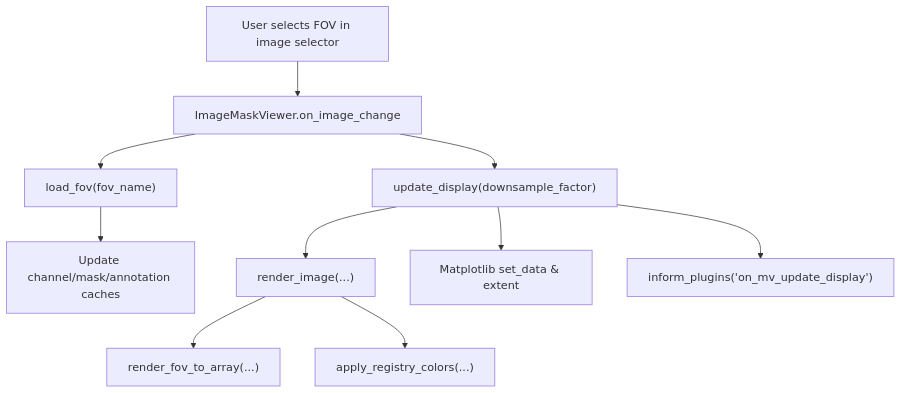
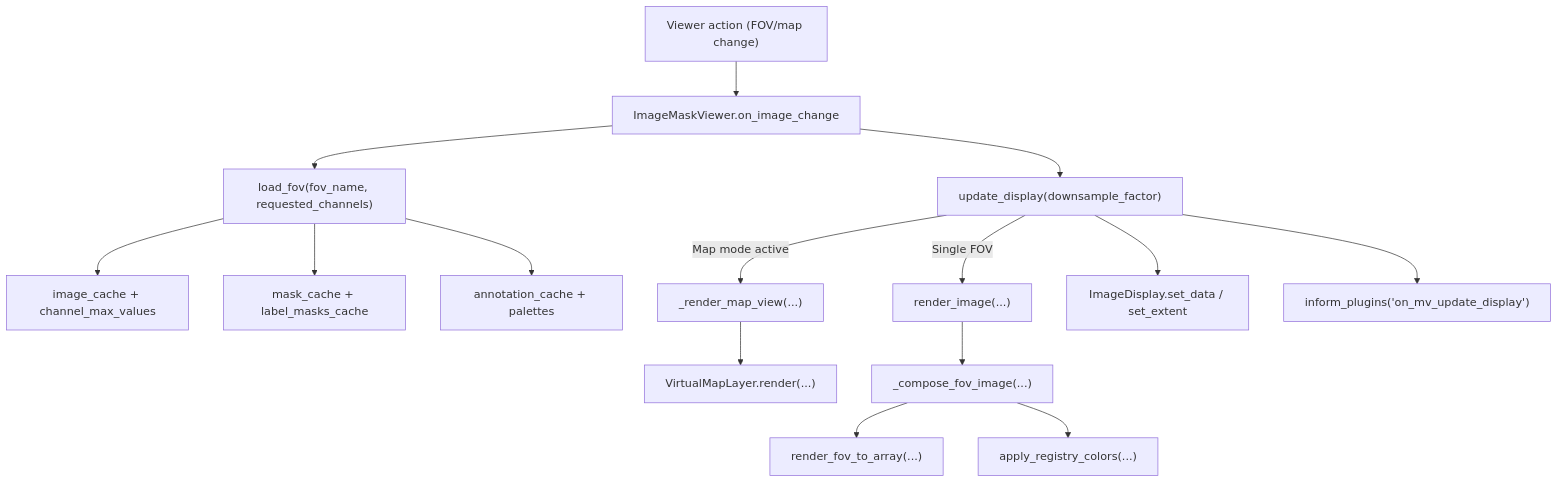
Before and after one commit to HartmannLab/UELer: the diagram in dev_note/FOV_load_cycle.md, drawn with Mermaid. The commit also changed other lines of this file, not shown here.

````diff
--- a/dev_note/FOV_load_cycle.md
+++ b/dev_note/FOV_load_cycle.md
@@ -10,15 +10,17 @@
 ```mermaid
----
-id: 57fb6bb7-a9b1-4252-a65e-ecfc8b0bf782
----
 flowchart TD
-  UIEvent["User selects FOV in image selector"] --> OnImageChange["ImageMaskViewer.on_image_change"]
-  OnImageChange --> LoadFov["load_fov(fov_name)"]
-  LoadFov --> ImageCache["Update channel/mask/annotation caches"]
-  OnImageChange --> UpdateDisplay["update_display(downsample_factor)"]
-  UpdateDisplay --> RenderImage["render_image(...)"]
-  RenderImage --> RenderCore["render_fov_to_array(...)"]
-  RenderImage --> Painter["apply_registry_colors(...)"]
-  UpdateDisplay --> ImageArtist["Matplotlib set_data & extent"]
-  UpdateDisplay --> PluginNotify["inform_plugins('on_mv_update_display')"]
+	UIEvent["Viewer action (FOV/map change)"] --> OnImageChange["ImageMaskViewer.on_image_change"]
+	OnImageChange --> LoadFov["load_fov(fov_name, requested_channels)"]
+	LoadFov --> ImageCache["image_cache + channel_max_values"]
+	LoadFov --> MaskCache["mask_cache + label_masks_cache"]
+	LoadFov --> AnnotationCache["annotation_cache + palettes"]
+	OnImageChange --> UpdateDisplay["update_display(downsample_factor)"]
+	UpdateDisplay -->|Map mode active| RenderMap["_render_map_view(...)"]
+	RenderMap --> VirtualLayer["VirtualMapLayer.render(...)"]
+	UpdateDisplay -->|Single FOV| RenderImage["render_image(...)"]
+	RenderImage --> Compose["_compose_fov_image(...)"]
+	Compose --> RenderCore["render_fov_to_array(...)"]
+	Compose --> Painter["apply_registry_colors(...)"]
+	UpdateDisplay --> Artist["ImageDisplay.set_data / set_extent"]
+	UpdateDisplay --> PluginNotify["inform_plugins('on_mv_update_display')"]
 ```
````
